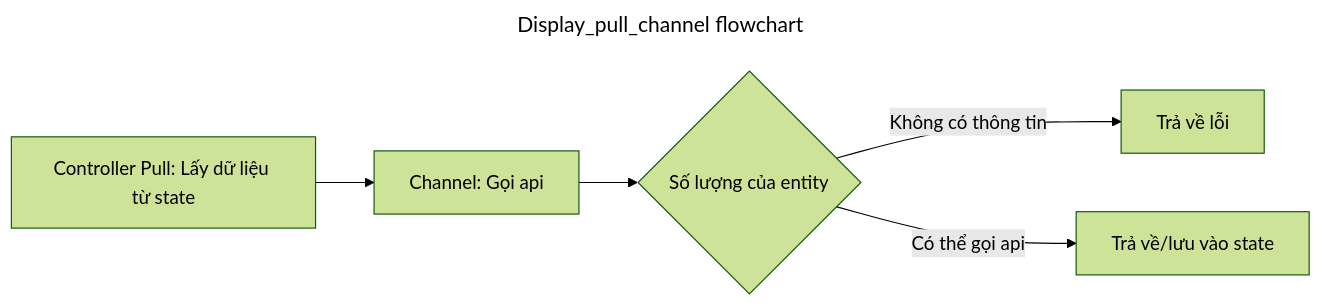
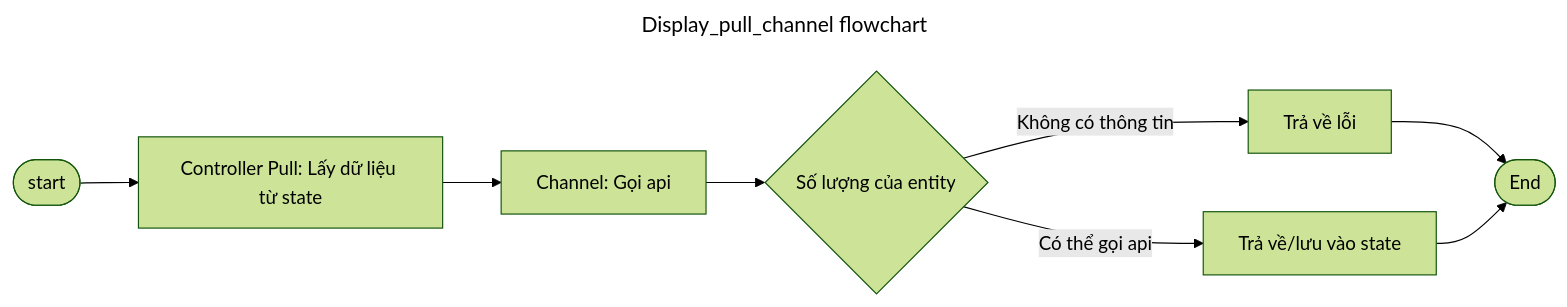
Before and after one commit to WuzenLiz/markdown: the third of 10 diagrams in pseudoAllFunction.md, drawn with Mermaid. The commit also changed other lines of this file, not shown here.

Commit message:
update graph

````diff
--- a/pseudoAllFunction.md
+++ b/pseudoAllFunction.md
@@ -53,12 +53,12 @@
 ```mermaid
 ---
 title: Display_pull_channel flowchart
 config: 
     theme: forest
     curve: basis 
 ---
 flowchart LR
-    A[Controller Pull: Lấy dữ liệu từ state ] --> B[Channel: Gọi api] --> C{Số lượng của entity} 
-    C --> |Không có thông tin| E[Trả về lỗi]
-    C --> |Có thể gọi api| F[Trả về/lưu vào state]
+    Start([start])-->A[Controller Pull: Lấy dữ liệu từ state ] --> B[Channel: Gọi api] --> C{Số lượng của entity} 
+    C --> |Không có thông tin| E[Trả về lỗi] --> End([End])
+    C --> |Có thể gọi api| F[Trả về/lưu vào state] --> End
 ```
````
